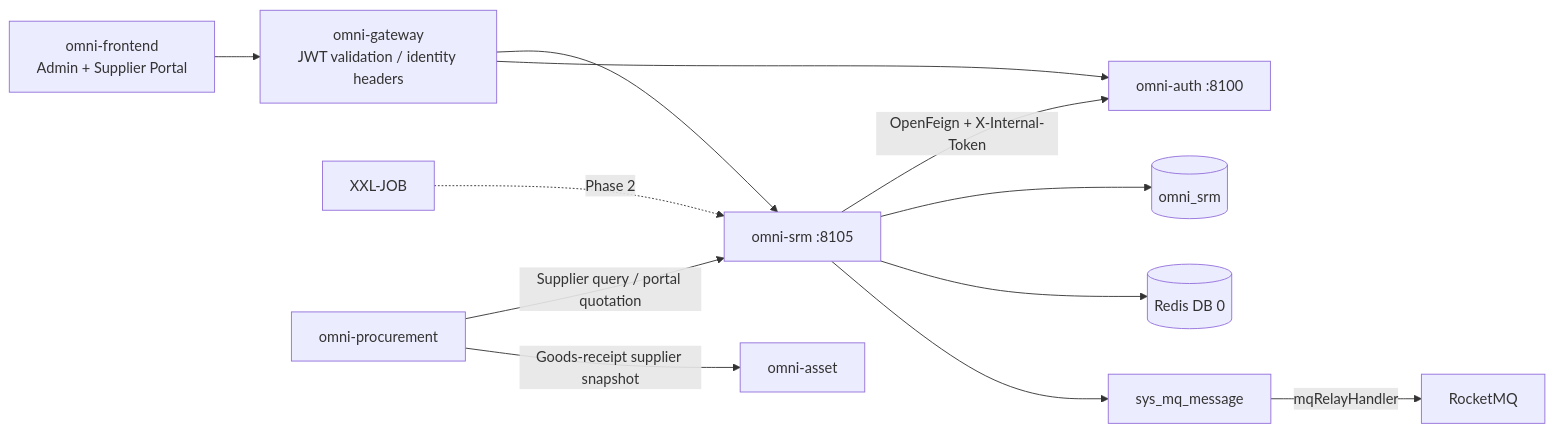
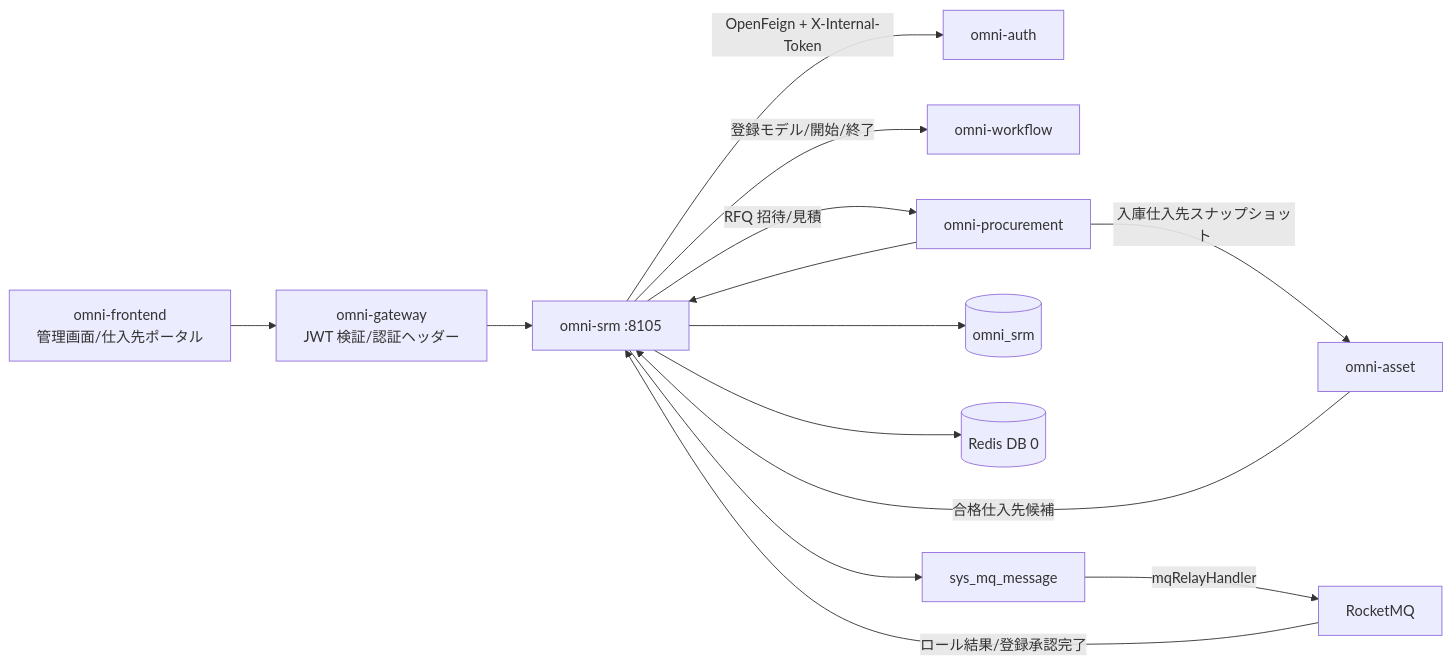
Before and after one commit to wang-baohai/Omni-Stack: the first of 5 diagrams in docs/design/srm-design.jp.md, drawn with Mermaid. The commit also changed other lines of this file and 1095 other files, not shown here.

````diff
--- a/docs/design/srm-design.jp.md
+++ b/docs/design/srm-design.jp.md
@@ -69,14 +73,16 @@
 ```mermaid
 flowchart LR
-    UI["omni-frontend<br/>Admin + Supplier Portal"] --> GW["omni-gateway<br/>JWT validation / identity headers"]
+    UI["omni-frontend<br/>管理画面/仕入先ポータル"] --> GW["omni-gateway<br/>JWT 検証/認証ヘッダー"]
     GW --> SRM["omni-srm :8105"]
-    GW --> AUTH["omni-auth :8100"]
-    SRM -->|"OpenFeign + X-Internal-Token"| AUTH
+    SRM -->|"OpenFeign + X-Internal-Token"| AUTH["omni-auth"]
+    SRM -->|"登録モデル/開始/終了"| WF["omni-workflow"]
+    SRM -->|"RFQ 招待/見積"| PROC["omni-procurement"]
+    PROC --> SRM
+    ASSET["omni-asset"] -->|"合格仕入先候補"| SRM
+    PROC -->|"入庫仕入先スナップショット"| ASSET
     SRM --> DB[("omni_srm")]
     SRM --> R[("Redis DB 0")]
     SRM --> O["sys_mq_message"]
     O -->|"mqRelayHandler"| MQ["RocketMQ"]
-    XXL["XXL-JOB"] -. "Phase 2" .-> SRM
-    PROC["omni-procurement"] -->|"Supplier query / portal quotation"| SRM
-    PROC -->|"Goods-receipt supplier snapshot"| ASSET["omni-asset"]
+    MQ -->|"ロール結果/登録承認完了"| SRM
 ```
````
